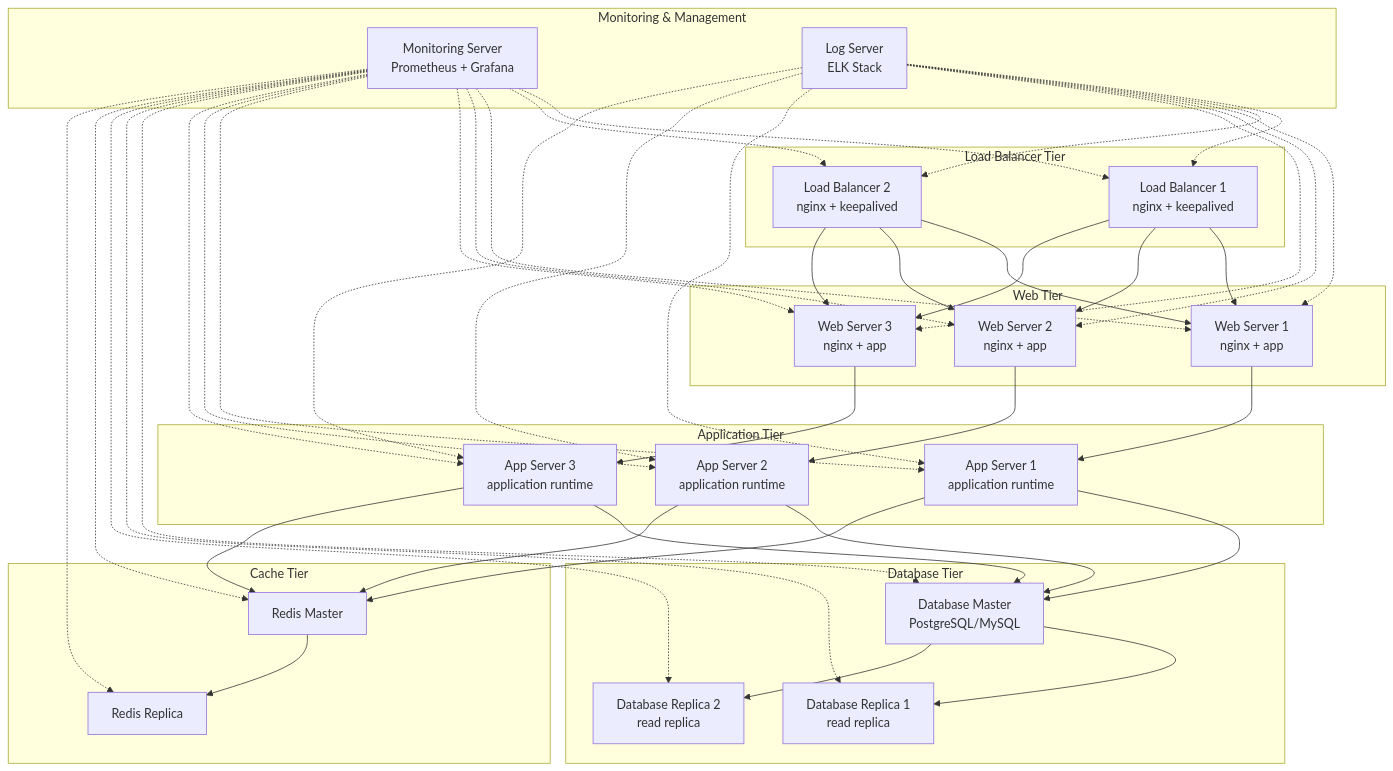
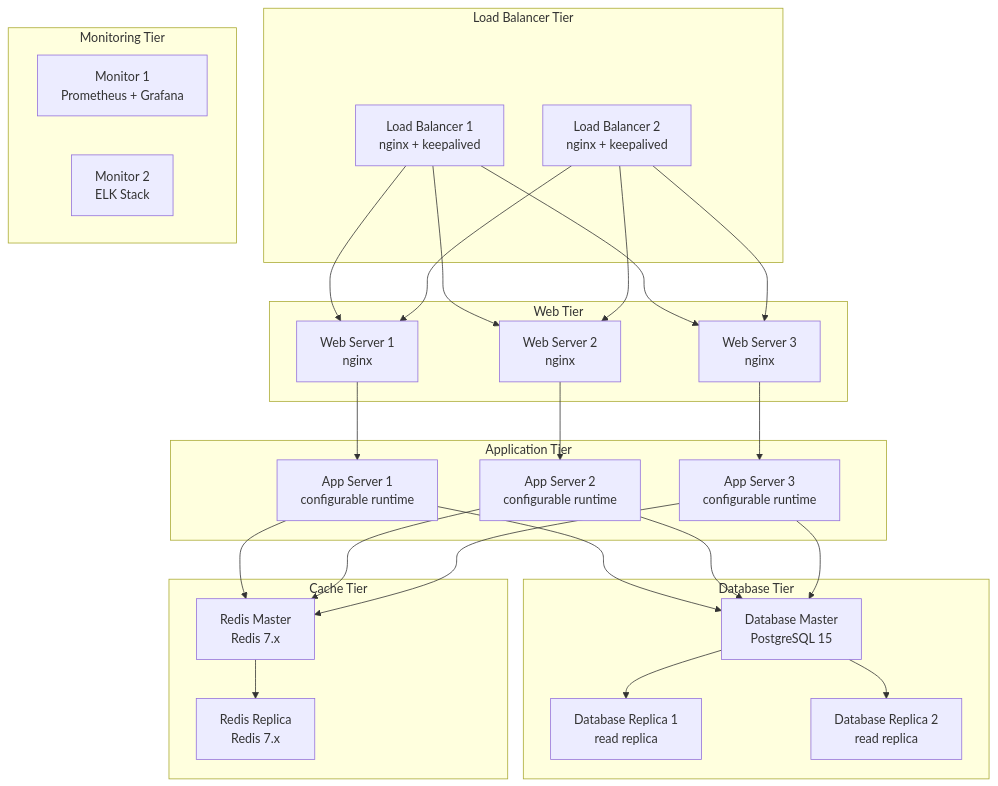
One commit to hanax-ai/HX-Infrastructure-Ansible changed the diagram in README.md. Above: the diagram before and after it, drawn with Mermaid. The commit also changed other lines of this file and 4 other files, not shown here.

````diff
--- a/README.md
+++ b/README.md
@@ -20,82 +21,59 @@
 ```mermaid
 graph TB
     subgraph "Load Balancer Tier"
         LB1[Load Balancer 1<br/>nginx + keepalived]
         LB2[Load Balancer 2<br/>nginx + keepalived]
     end
     
     subgraph "Web Tier"
-        WEB1[Web Server 1<br/>nginx + app]
-        WEB2[Web Server 2<br/>nginx + app]
-        WEB3[Web Server 3<br/>nginx + app]
+        WEB1[Web Server 1<br/>nginx]
+        WEB2[Web Server 2<br/>nginx]
+        WEB3[Web Server 3<br/>nginx]
     end
     
     subgraph "Application Tier"
-        APP1[App Server 1<br/>application runtime]
-        APP2[App Server 2<br/>application runtime]
-        APP3[App Server 3<br/>application runtime]
+        APP1[App Server 1<br/>configurable runtime]
+        APP2[App Server 2<br/>configurable runtime]
+        APP3[App Server 3<br/>configurable runtime]
     end
     
     subgraph "Database Tier"
-        DB1[Database Master<br/>PostgreSQL/MySQL]
+        DB1[Database Master<br/>PostgreSQL 15]
         DB2[Database Replica 1<br/>read replica]
         DB3[Database Replica 2<br/>read replica]
     end
     
     subgraph "Cache Tier"
-        CACHE1[Redis Master]
-        CACHE2[Redis Replica]
+        CACHE1[Redis Master<br/>Redis 7.x]
+        CACHE2[Redis Replica<br/>Redis 7.x]
     end
     
-    subgraph "Monitoring & Management"
-        MON1[Monitoring Server<br/>Prometheus + Grafana]
-        LOG1[Log Server<br/>ELK Stack]
+    subgraph "Monitoring Tier"
+        MON1[Monitor 1<br/>Prometheus + Grafana]
+        MON2[Monitor 2<br/>ELK Stack]
     end
-    
+
     LB1 --> WEB1
     LB1 --> WEB2
     LB1 --> WEB3
     LB2 --> WEB1
     LB2 --> WEB2
     LB2 --> WEB3
     
     WEB1 --> APP1
     WEB2 --> APP2
     WEB3 --> APP3
     
     APP1 --> DB1
     APP2 --> DB1
     APP3 --> DB1
     
     DB1 --> DB2
     DB1 --> DB3
     
     APP1 --> CACHE1
     APP2 --> CACHE1
     APP3 --> CACHE1
     
     CACHE1 --> CACHE2
-    
-    MON1 -.-> LB1
-    MON1 -.-> LB2
-    MON1 -.-> WEB1
-    MON1 -.-> WEB2
-    MON1 -.-> WEB3
-    MON1 -.-> APP1
-    MON1 -.-> APP2
-    MON1 -.-> APP3
-    MON1 -.-> DB1
-    MON1 -.-> DB2
-    MON1 -.-> DB3
-    MON1 -.-> CACHE1
-    MON1 -.-> CACHE2
-    
-    LOG1 -.-> LB1
-    LOG1 -.-> LB2
-    LOG1 -.-> WEB1
-    LOG1 -.-> WEB2
-    LOG1 -.-> WEB3
-    LOG1 -.-> APP1
-    LOG1 -.-> APP2
-    LOG1 -.-> APP3
 ```
````
